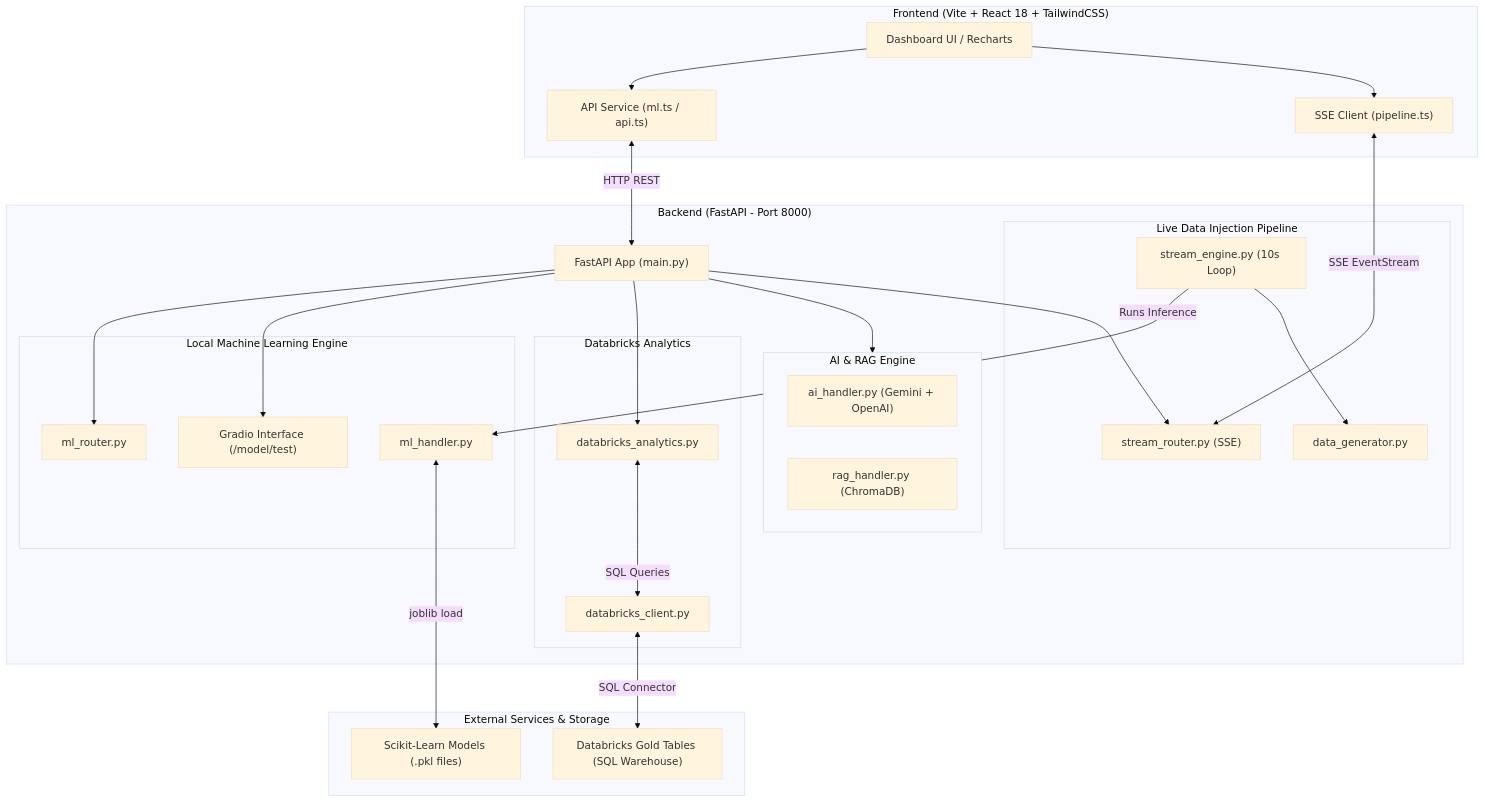
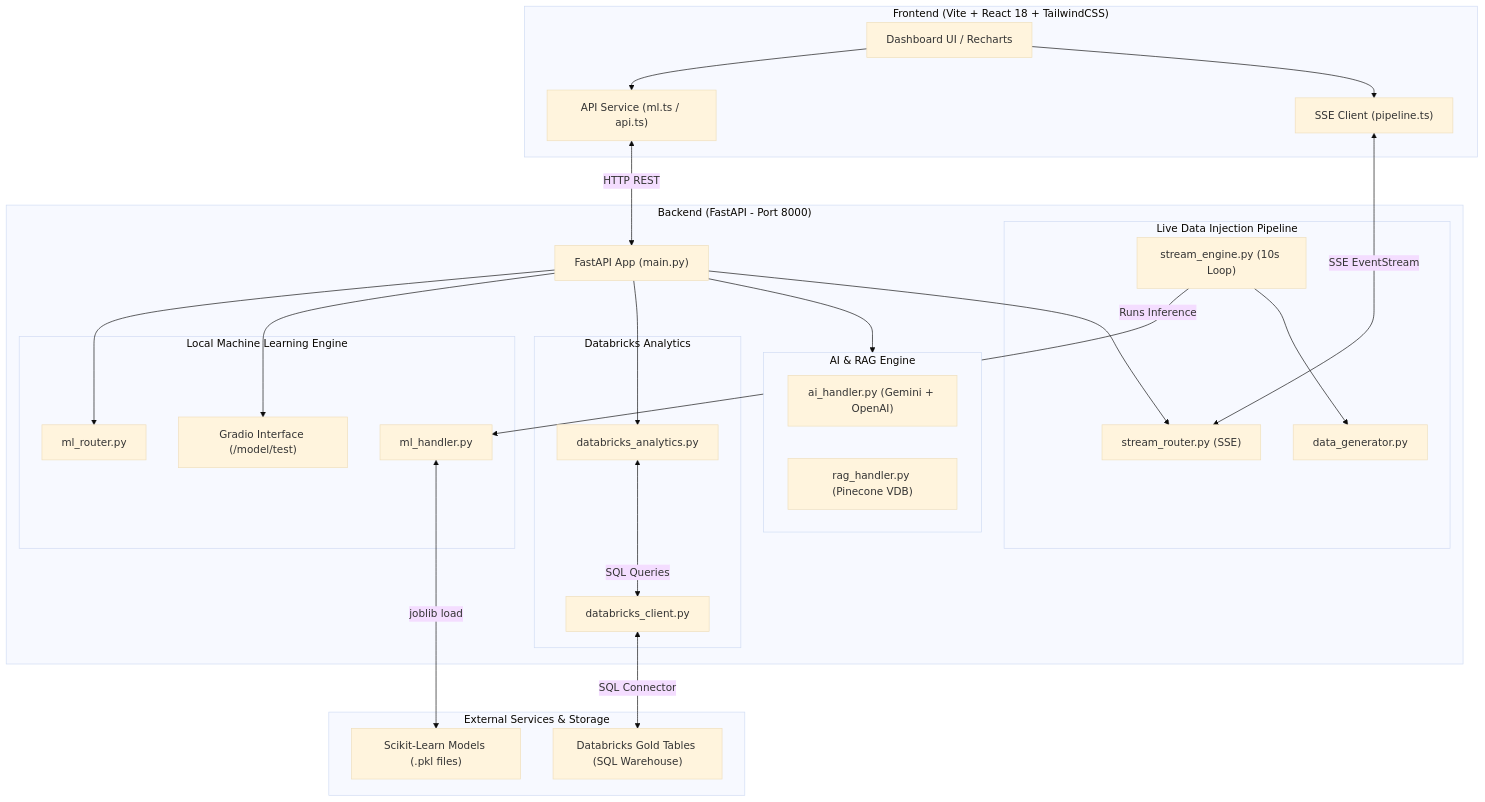
Before and after one commit to Rishiraj-Pathak-27/RIMS: the diagram in README.md, drawn with Mermaid (base theme).

````diff
--- a/README.md
+++ b/README.md
@@ -22,55 +22,55 @@
 ```mermaid
 flowchart TB
     subgraph Frontend["Frontend (Vite + React 18 + TailwindCSS)"]
         UI["Dashboard UI / Recharts"]
         SSE_Client["SSE Client (pipeline.ts)"]
         API_Client["API Service (ml.ts / api.ts)"]
     end
 
     subgraph Backend["Backend (FastAPI - Port 8000)"]
         Router["FastAPI App (main.py)"]
         
         subgraph ML_Engine["Local Machine Learning Engine"]
             ML_Handler["ml_handler.py"]
             ML_Router["ml_router.py"]
             Gradio_App["Gradio Interface (/model/test)"]
         end
 
         subgraph Stream_Engine["Live Data Injection Pipeline"]
             DataGen["data_generator.py"]
             Engine["stream_engine.py (10s Loop)"]
             StreamRouter["stream_router.py (SSE)"]
         end
 
         subgraph Analytics_Engine["Databricks Analytics"]
             DB_Client["databricks_client.py"]
             DB_Analytics["databricks_analytics.py"]
         end
 
         subgraph AI_RAG["AI & RAG Engine"]
             AI_Handler["ai_handler.py (Gemini + OpenAI)"]
-            RAG_Handler["rag_handler.py (ChromaDB)"]
+            RAG_Handler["rag_handler.py (Pinecone VDB)"]
         end
     end
 
     subgraph External["External Services & Storage"]
         Databricks["Databricks Gold Tables (SQL Warehouse)"]
         ML_Models["Scikit-Learn Models (.pkl files)"]
     end
 
     UI --> API_Client
     UI --> SSE_Client
     SSE_Client <-->|SSE EventStream| StreamRouter
     API_Client <-->|HTTP REST| Router
     Router --> ML_Router
     Router --> StreamRouter
     Router --> Gradio_App
     Router --> DB_Analytics
     Router --> AI_RAG
 
     ML_Handler <-->|joblib load| ML_Models
     Engine -->|Runs Inference| ML_Handler
     Engine --> DataGen
     DB_Analytics <-->|SQL Queries| DB_Client
     DB_Client <-->|SQL Connector| Databricks
 ```
````
